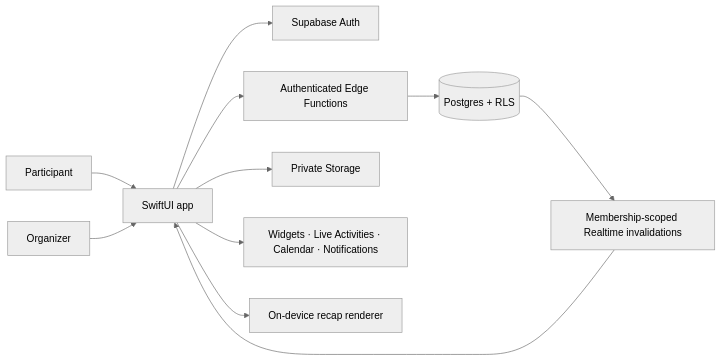
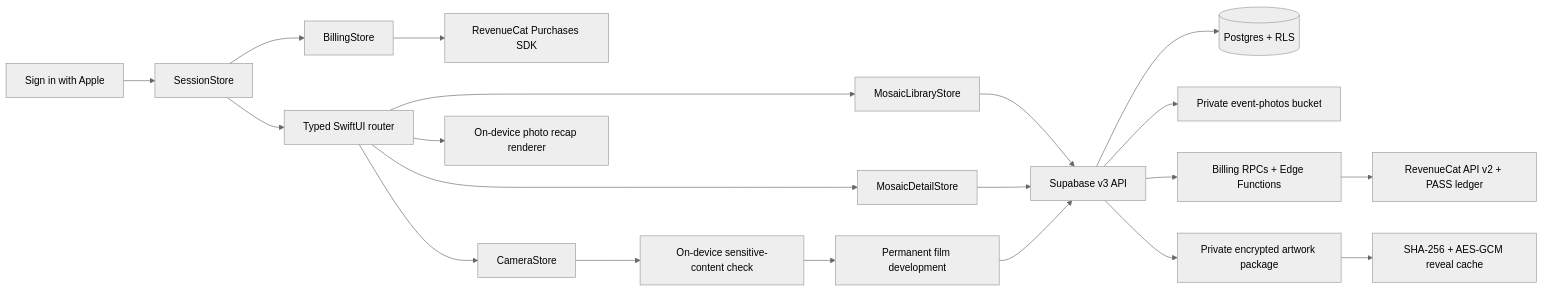
Before and after one commit to shellcat-com/Mosaic: the diagram in README.md, drawn with Mermaid (neutral theme). The commit also changed other lines of this file and 232 other files, not shown here.

````diff
--- a/README.md
+++ b/README.md
@@ -50,13 +23,22 @@
 ```mermaid
 flowchart LR
-    Participant["Participant"] --> App["SwiftUI app"]
-    Organizer["Organizer"] --> App
-    App --> Auth["Supabase Auth"]
-    App --> Functions["Authenticated Edge Functions"]
-    Functions --> Database[("Postgres + RLS")]
-    App --> Storage["Private Storage"]
-    Database --> Realtime["Membership-scoped Realtime invalidations"]
-    Realtime --> App
-    App --> Apple["Widgets · Live Activities · Calendar · Notifications"]
-    App --> Recap["On-device recap renderer"]
+    Apple["Sign in with Apple"] --> Session["SessionStore"]
+    Session --> Billing["BillingStore"]
+    Billing --> RCSDK["RevenueCat Purchases SDK"]
+    Session --> Root["Typed SwiftUI router"]
+    Root --> Library["MosaicLibraryStore"]
+    Root --> Detail["MosaicDetailStore"]
+    Root --> Camera["CameraStore"]
+    Library --> API["Supabase v3 API"]
+    Detail --> API
+    Camera --> Safety["On-device sensitive-content check"]
+    Safety --> Develop["Permanent film development"]
+    Develop --> API
+    API --> DB[("Postgres + RLS")]
+    API --> Storage["Private event-photos bucket"]
+    API --> BillingRPC["Billing RPCs + Edge Functions"]
+    BillingRPC --> RCV2["RevenueCat API v2 + PASS ledger"]
+    API --> Reveal["Private encrypted artwork package"]
+    Reveal --> Decrypt["SHA-256 + AES-GCM reveal cache"]
+    Root --> Recap["On-device photo recap renderer"]
 ```
````
